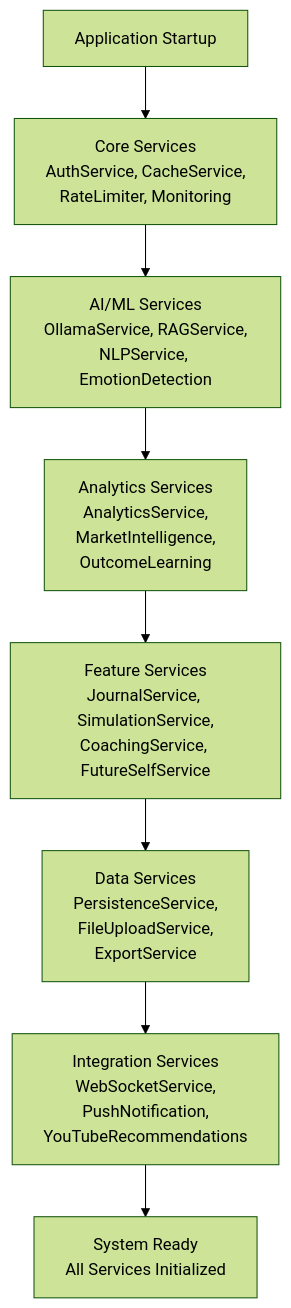
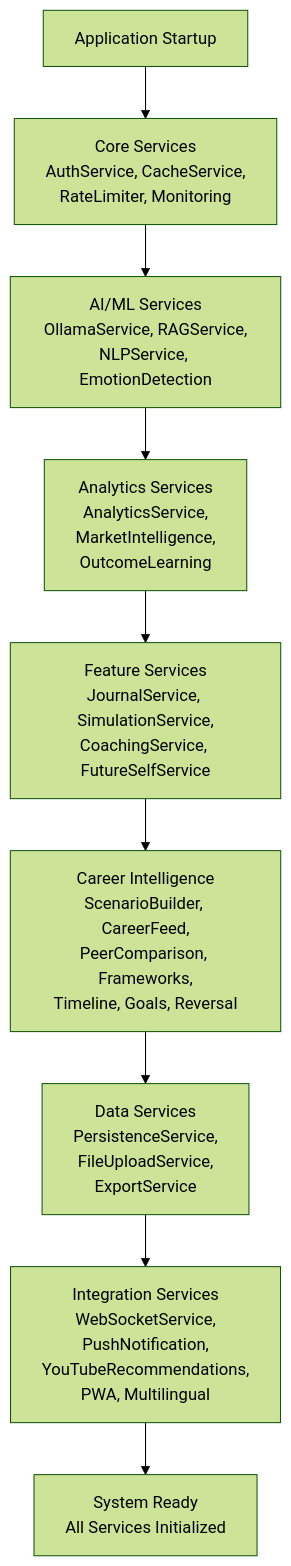
One commit to sayon999-d/career-regret-ai- changed the third of 5 diagrams in services/README.md. Above: the diagram before and after it, drawn with Mermaid (forest theme). The commit also changed other lines of this file and 17 other files, not shown here.

Commit message:
feat: add comprehensive Career Intelligence features, UI updates, and new API integrations

````diff
--- a/services/README.md
+++ b/services/README.md
@@ -348,10 +573,11 @@
 ```mermaid
 graph TD
     START["Application Startup"] --> CORE["Core Services<br/>AuthService, CacheService,<br/>RateLimiter, Monitoring"]
     CORE --> AIML["AI/ML Services<br/>OllamaService, RAGService,<br/>NLPService, EmotionDetection"]
     AIML --> ANALYTICS["Analytics Services<br/>AnalyticsService,<br/>MarketIntelligence,<br/>OutcomeLearning"]
     ANALYTICS --> FEATURE["Feature Services<br/>JournalService, SimulationService,<br/>CoachingService, FutureSelfService"]
-    FEATURE --> DATAMGMT["Data Services<br/>PersistenceService,<br/>FileUploadService,<br/>ExportService"]
-    DATAMGMT --> INTEGRATION["Integration Services<br/>WebSocketService,<br/>PushNotification,<br/>YouTubeRecommendations"]
+    FEATURE --> CAREER["Career Intelligence<br/>ScenarioBuilder, CareerFeed,<br/>PeerComparison, Frameworks,<br/>Timeline, Goals, Reversal"]
+    CAREER --> DATAMGMT["Data Services<br/>PersistenceService,<br/>FileUploadService,<br/>ExportService"]
+    DATAMGMT --> INTEGRATION["Integration Services<br/>WebSocketService,<br/>PushNotification,<br/>YouTubeRecommendations,<br/>PWA, Multilingual"]
     INTEGRATION --> READY["System Ready<br/>All Services Initialized"]
 ```
````
